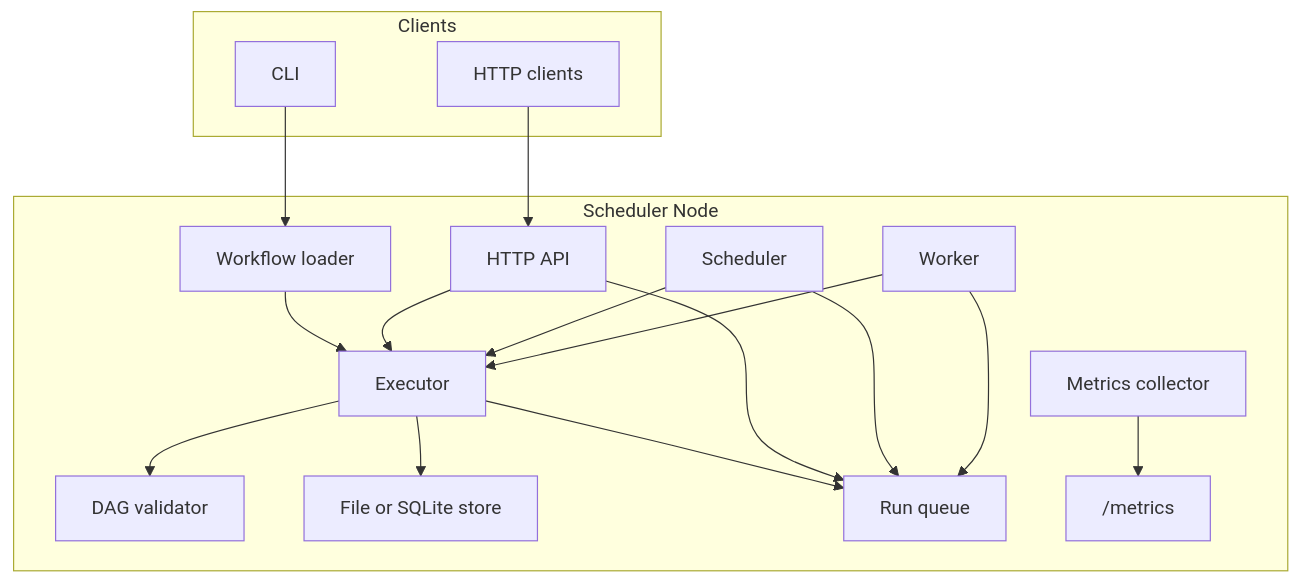
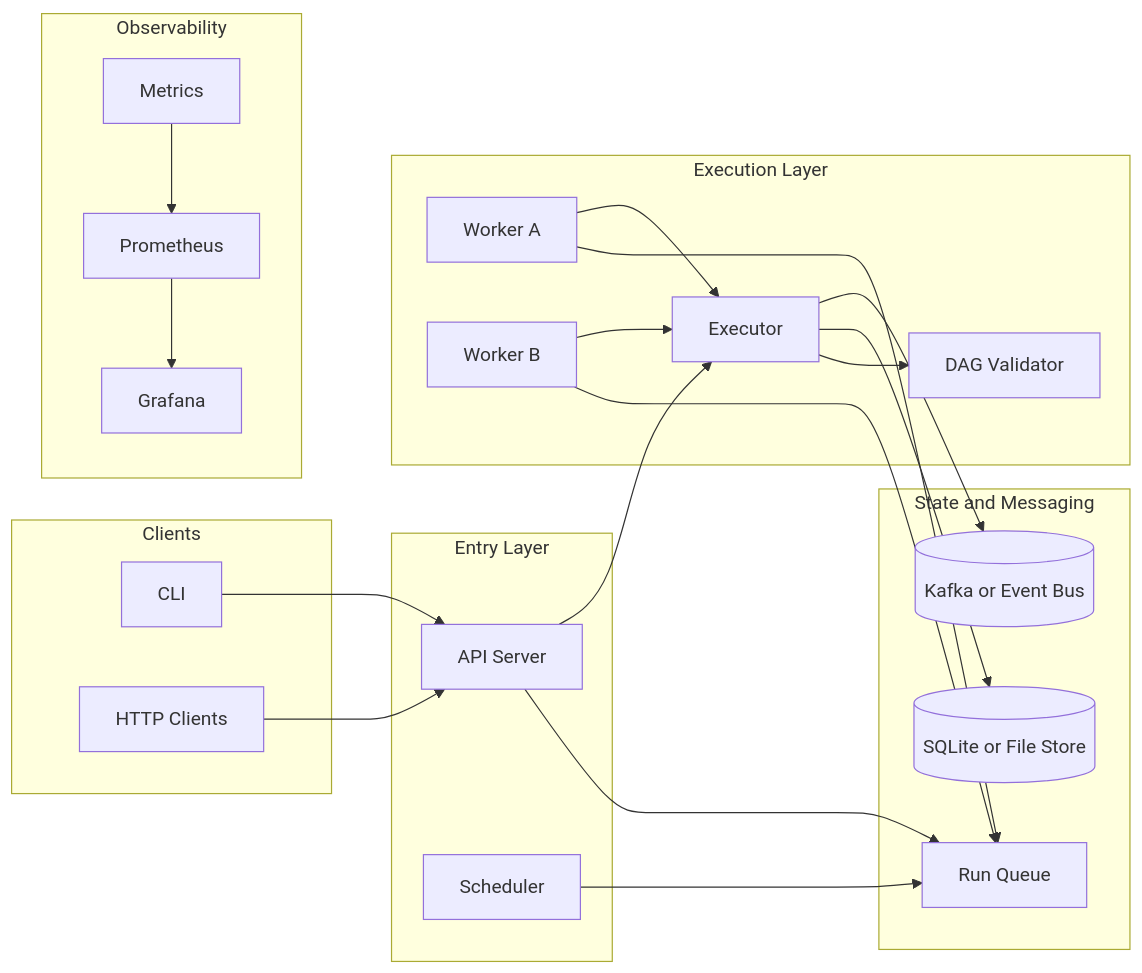
One commit to Joyjeet045/Workflow-Scheduler changed the diagram in README.md. Above: the diagram before and after it, drawn with Mermaid. The commit also changed other lines of this file, not shown here.

Commit message:
docs: expand architecture diagram with deployment view

````diff
--- a/README.md
+++ b/README.md
@@ -26,24 +26,46 @@
 ```mermaid
-flowchart TB
-    subgraph clients["Clients"]
-        cli["CLI"]
-        http["HTTP clients"]
+flowchart LR
+  subgraph clients[Clients]
+    cli[CLI]
+    http[HTTP Clients]
     end
 
-    subgraph node["Scheduler Node"]
-        loader["Workflow loader"] --> executor["Executor"]
-        executor --> validator["DAG validator"]
-        executor --> store["File or SQLite store"]
-        executor --> queue["Run queue"]
-        api["HTTP API"] --> executor
-        api --> queue
-        scheduler["Scheduler"] --> executor
-        scheduler --> queue
-        worker["Worker"] --> queue
-        worker --> executor
-        metrics["Metrics collector"] --> scrape["/metrics"]
+  subgraph entry[Entry Layer]
+    api[API Server]
+    sched[Scheduler]
     end
 
-    cli --> loader
+  subgraph exec[Execution Layer]
+    workerA[Worker A]
+    workerB[Worker B]
+    executor[Executor]
+    validator[DAG Validator]
+  end
+
+  subgraph state[State and Messaging]
+    queue[Run Queue]
+    db[(SQLite or File Store)]
+    bus[(Kafka or Event Bus)]
+  end
+
+  subgraph obs[Observability]
+    metrics[Metrics]
+    prom[Prometheus]
+    graf[Grafana]
+  end
+
     http --> api
+  cli --> api
+  api --> queue
+  api --> executor
+  sched --> queue
+  workerA --> queue
+  workerB --> queue
+  workerA --> executor
+  workerB --> executor
+  executor --> validator
+  executor --> db
+  executor --> bus
+  metrics --> prom
+  prom --> graf
 ```
````
